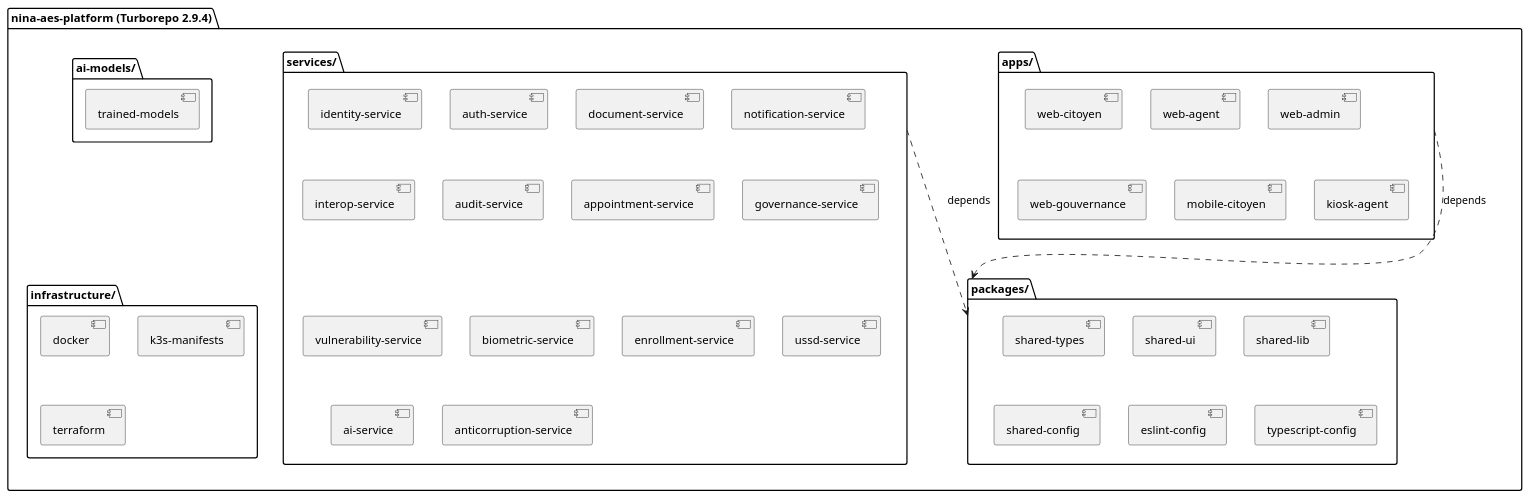
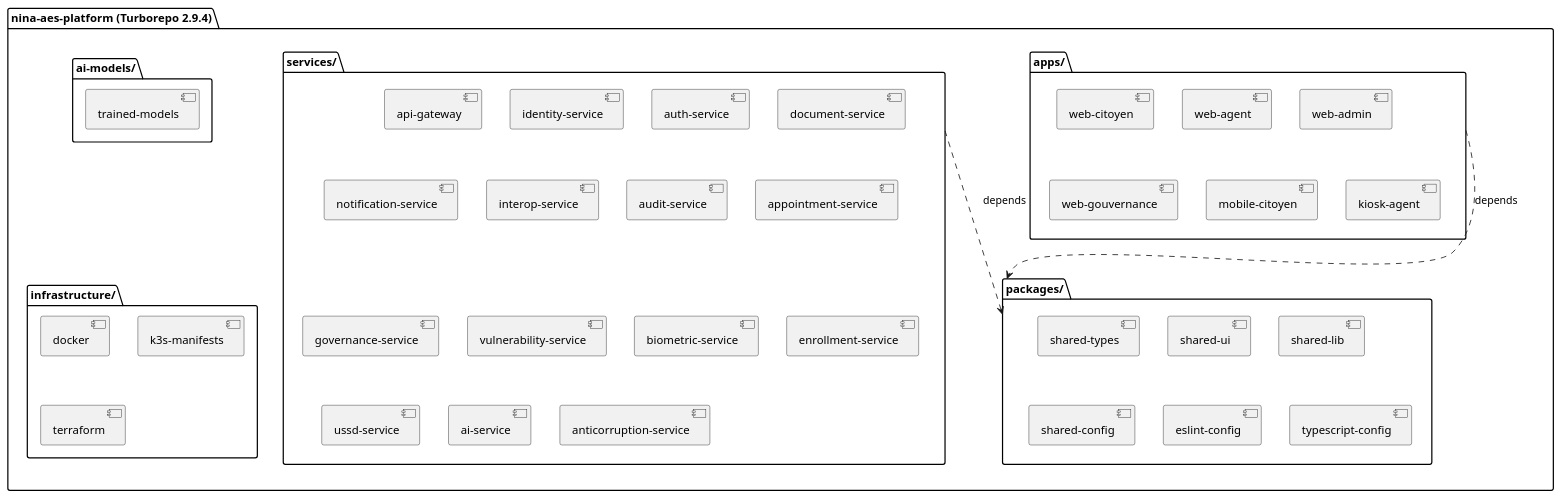
The tenth of 40 diagrams in docs/diagrams/99-DIAGRAMMES-PLANTUML.md (TheManInPink/Session-Ete-2026), drawn with PlantUML before and after one commit. The commit also changed other lines of this file and 1 other file, not shown here.

First line of the commit message:
docs: ajouter api-gateway aux diagrammes #5/#10 (audit complet 99-PLANTUML)

````diff
--- a/docs/diagrams/99-DIAGRAMMES-PLANTUML.md
+++ b/docs/diagrams/99-DIAGRAMMES-PLANTUML.md
@@ -694,51 +696,52 @@
 ```plantuml
 @startuml
 skinparam packageStyle folder
 
 package "nina-aes-platform (Turborepo 2.9.4)" {
   package "apps/" {
     [web-citoyen]
     [web-agent]
     [web-admin]
     [web-gouvernance]
     [mobile-citoyen]
     [kiosk-agent]
   }
   package "services/" {
+    [api-gateway]
     [identity-service]
     [auth-service]
     [document-service]
     [notification-service]
     [interop-service]
     [audit-service]
     [appointment-service]
     [governance-service]
     [vulnerability-service]
     [biometric-service]
     [enrollment-service]
     [ussd-service]
     [ai-service]
     [anticorruption-service]
   }
   package "packages/" {
     [shared-types]
     [shared-ui]
     [shared-lib]
     [shared-config]
     [eslint-config]
     [typescript-config]
   }
   package "infrastructure/" {
     [docker]
     [k3s-manifests]
     [terraform]
   }
   package "ai-models/" {
     [trained-models]
   }
 }
 
 "apps/" ..> "packages/" : depends
 "services/" ..> "packages/" : depends
 @enduml
 ```
````
